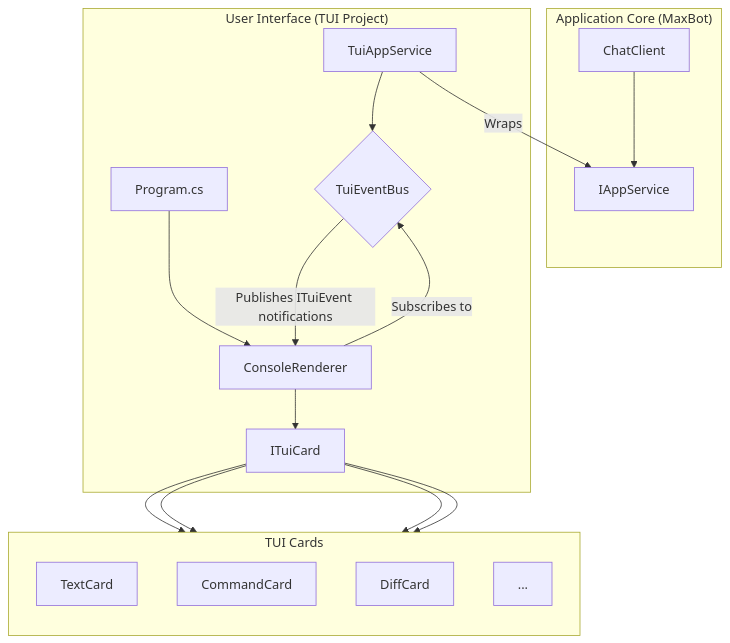
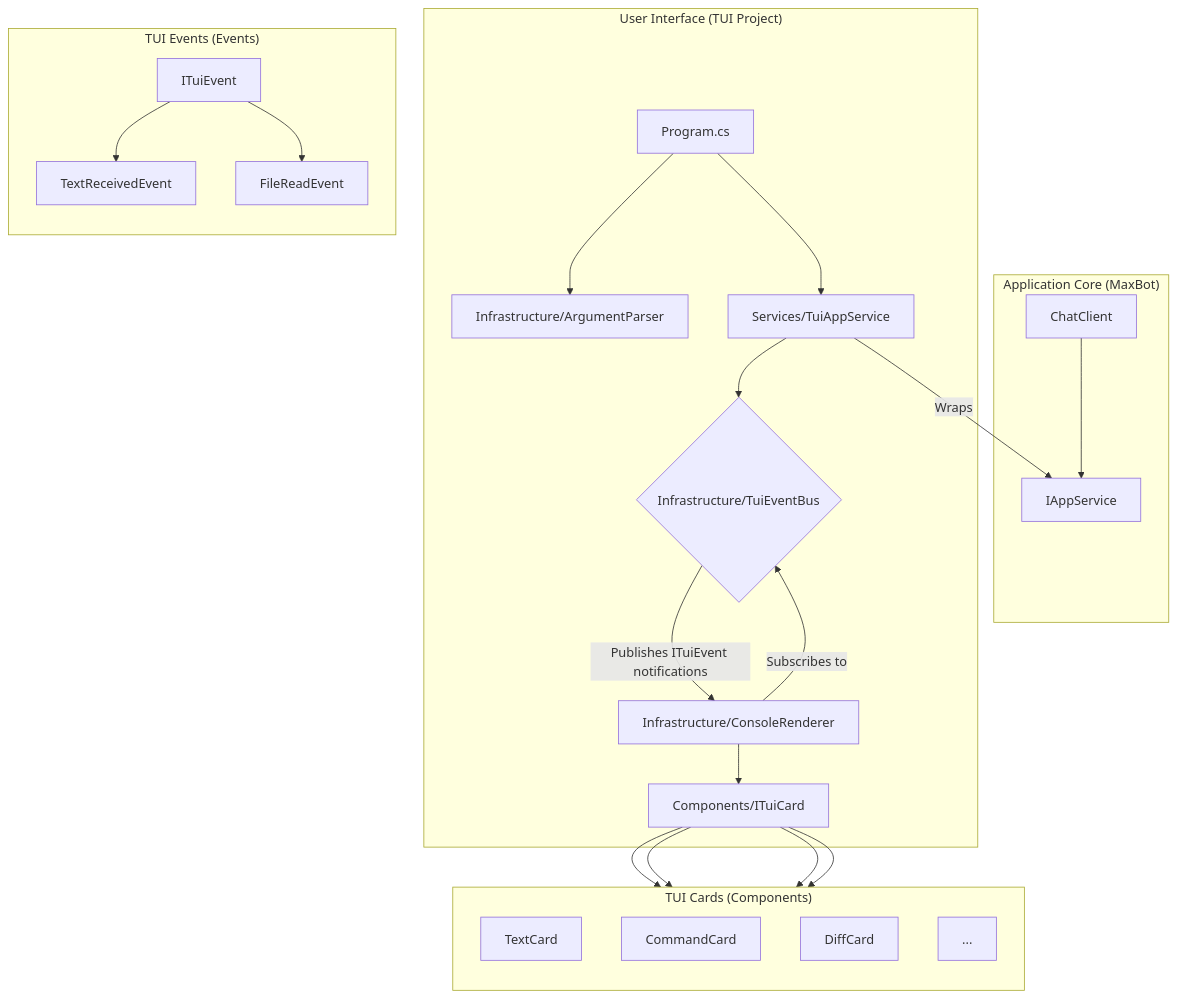
Before and after one commit to peakflames/mogzi: the first of 2 diagrams in docs/features/tui/architecture_and_design.md, drawn with Mermaid. The commit also changed other lines of this file and 36 other files, not shown here.

````diff
--- a/docs/features/tui/architecture_and_design.md
+++ b/docs/features/tui/architecture_and_design.md
@@ -17,25 +17,33 @@
 ```mermaid
 graph TD
     subgraph "Application Core (MaxBot)"
         A[IAppService]
         C[ChatClient] --> A;
     end
 
     subgraph "User Interface (TUI Project)"
-        D[TuiAppService] -- "Wraps" --> A;
-        D --> B{TuiEventBus};
-        E[ConsoleRenderer] -- "Subscribes to" --> B;
-        E --> F[ITuiCard];
-        G[Program.cs] --> E;
+        G[Program.cs] --> H[Infrastructure/ArgumentParser];
+        G --> D[Services/TuiAppService];
+        D -- "Wraps" --> A;
+        D --> B{Infrastructure/TuiEventBus};
+        E[Infrastructure/ConsoleRenderer] -- "Subscribes to" --> B;
+        E --> F[Components/ITuiCard];
     end
 
-    subgraph "TUI Cards"
+    subgraph "TUI Cards (Components)"
         direction TB
-        F --> H[TextCard];
+        F --> H1[TextCard];
         F --> I[CommandCard];
         F --> J[DiffCard];
         F --> K[...];
     end
 
+    subgraph "TUI Events (Events)"
+        direction TB
+        L[ITuiEvent]
+        L --> M[TextReceivedEvent]
+        L --> N[FileReadEvent]
+    end
+
     B -- "Publishes ITuiEvent notifications" --> E;
 ```
````
